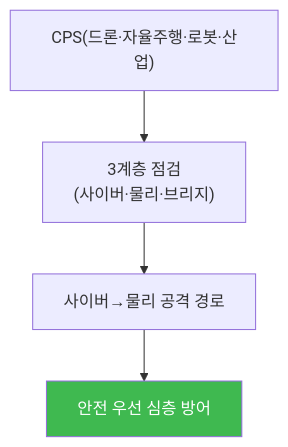
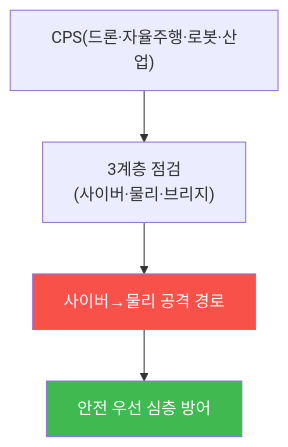
One commit to mrgrit/tw2 changed the diagram in contents/training/autonomous-systems/lecture_week15.md. Above: the diagram before and after it, drawn with Mermaid. The commit also changed other lines of this file, not shown here.

````diff
--- a/contents/training/autonomous-systems/lecture_week15.md
+++ b/contents/training/autonomous-systems/lecture_week15.md
@@ -50,7 +54,8 @@
 ```mermaid
 graph TD
     CPS["CPS(드론·자율주행·로봇·산업)"] --> L["3계층 점검<br/>(사이버·물리·브리지)"]
     L --> P["사이버→물리 공격 경로"]
     P --> D["안전 우선 심층 방어"]
+    style P fill:#f85149,color:#fff
     style D fill:#3fb950,color:#fff
 ```
````
